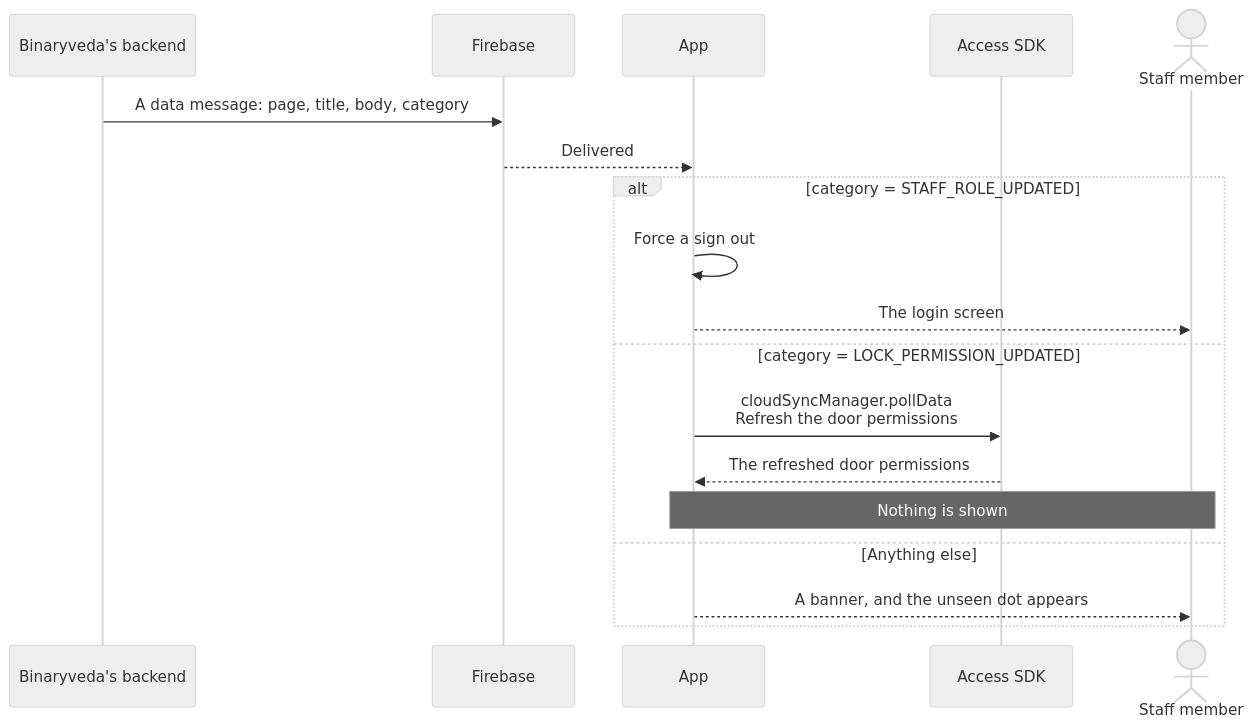
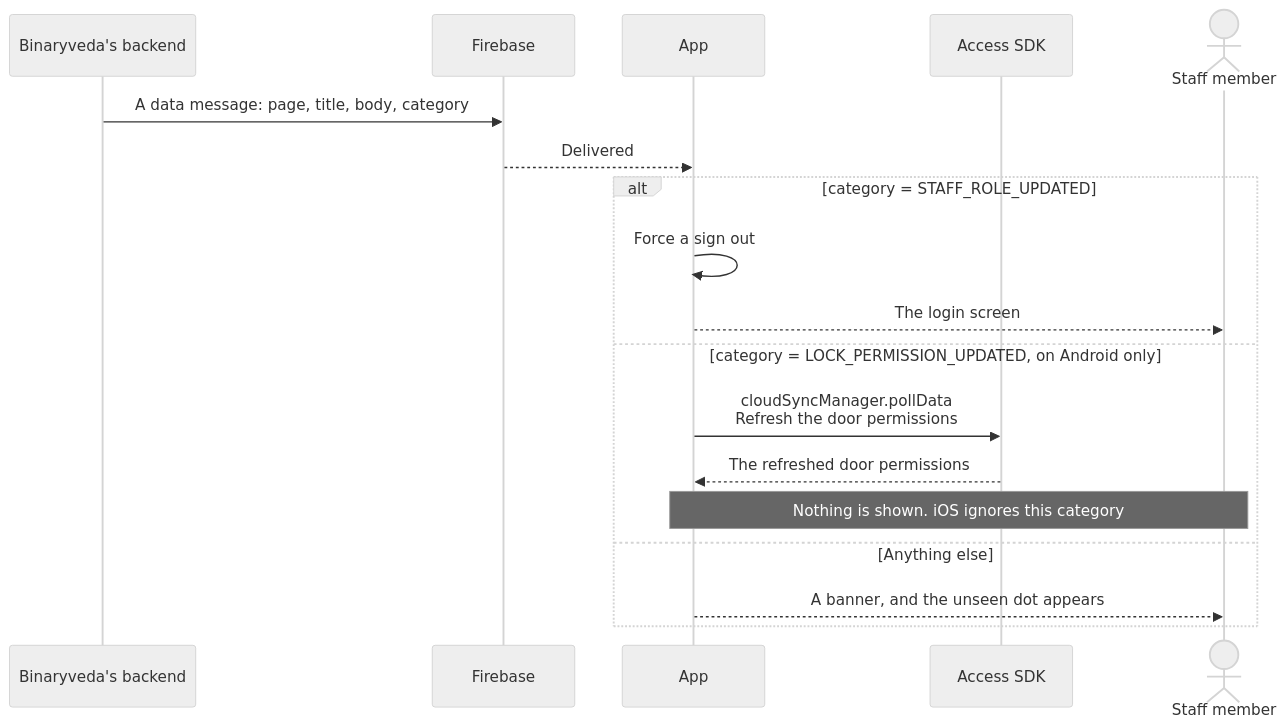
One commit to Yash-Wadatkar-Binaryveda/sdk-docs-site changed the third of 6 diagrams in docs/staff/notifications.md. Above: the diagram before and after it, drawn with Mermaid (neutral theme). The commit also changed other lines of this file and 58 other files, not shown here.

````diff
--- a/docs/staff/notifications.md
+++ b/docs/staff/notifications.md
@@ -98,22 +99,22 @@
 ```mermaid
 sequenceDiagram
     participant B as Binaryveda's backend
     participant F as Firebase
     participant A as App
     participant S as Access SDK
     actor U as Staff member
 
     B->>F: A data message: page, title, body, category
     F-->>A: Delivered
 
     alt category = STAFF_ROLE_UPDATED
         A->>A: Force a sign out
         A-->>U: The login screen
-    else category = LOCK_PERMISSION_UPDATED
+    else category = LOCK_PERMISSION_UPDATED, on Android only
         A->>S: cloudSyncManager.pollData<br/>Refresh the door permissions
         S-->>A: The refreshed door permissions
-        Note over A,U: Nothing is shown
+        Note over A,U: Nothing is shown. iOS ignores this category
     else Anything else
         A-->>U: A banner, and the unseen dot appears
     end
 ```
````
